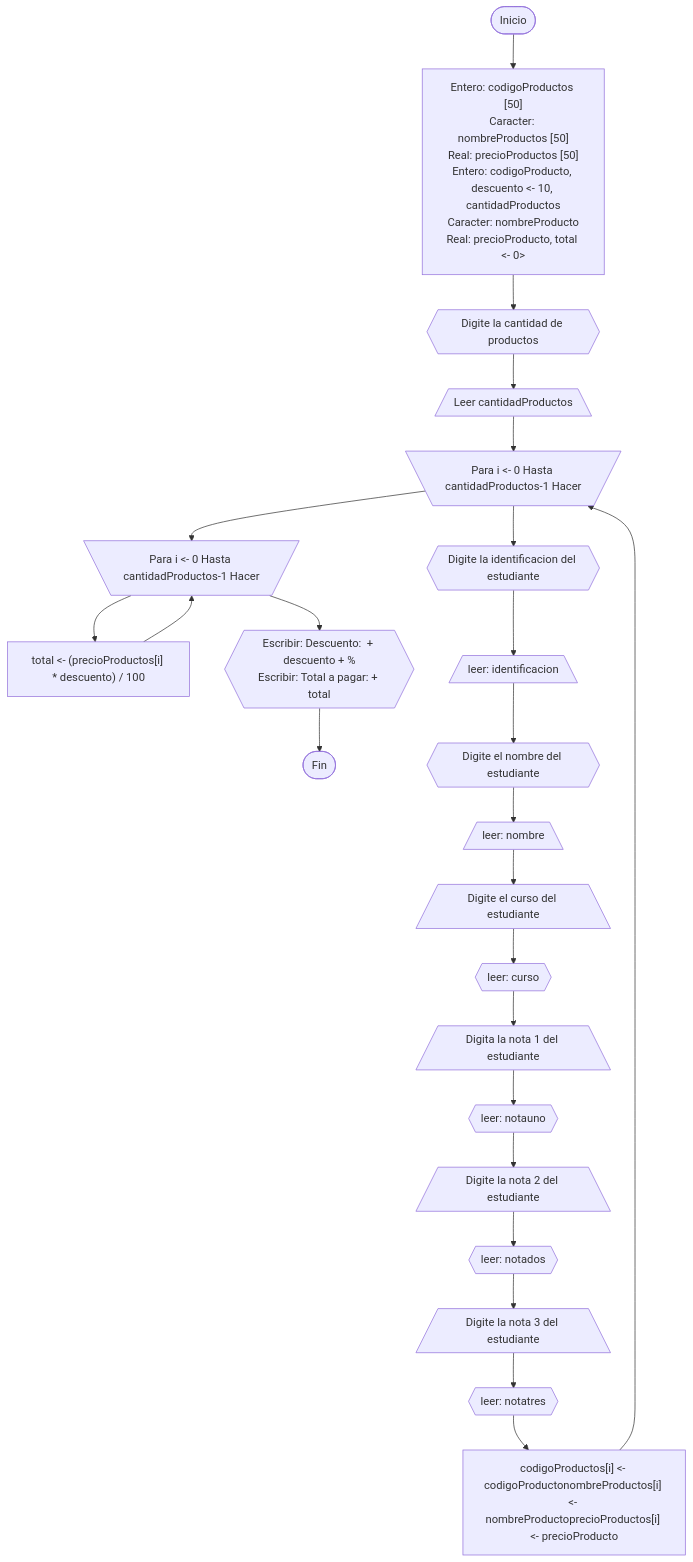
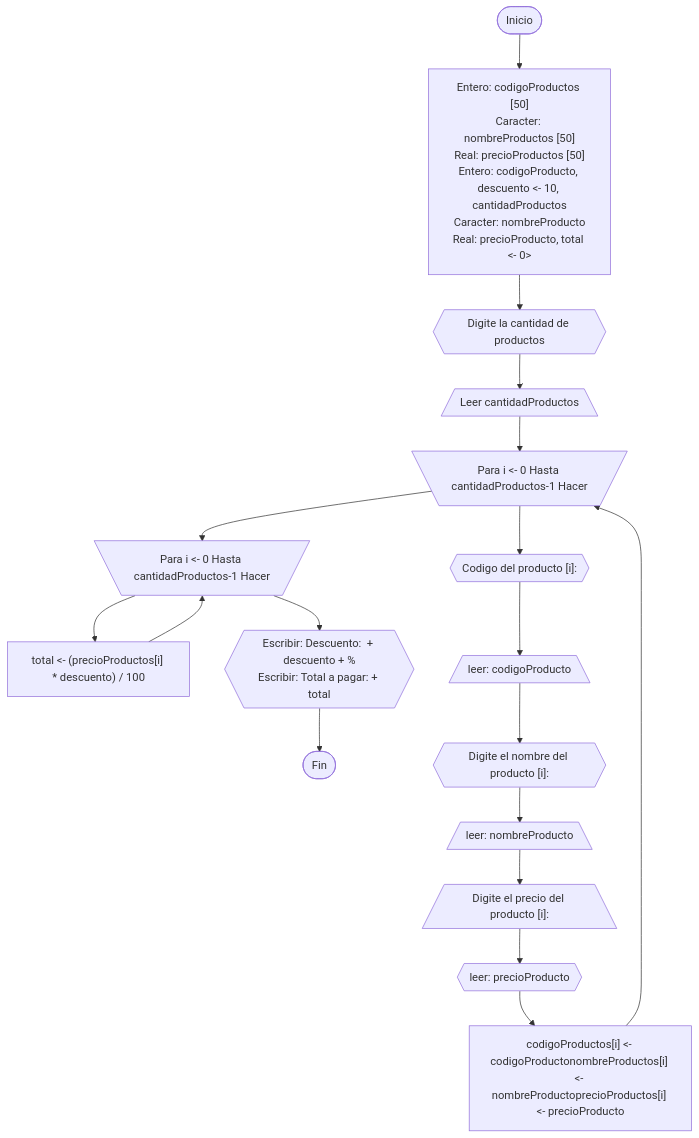
Before and after one commit to Samuel-Novoa/proyecto-base: the diagram in README.md, drawn with Mermaid.

Commit message:
Fix flow chart

````diff
--- a/README.md
+++ b/README.md
@@ -67,11 +67,11 @@
 ```mermaid
 flowchart TD;
     A([Inicio]) --> B["Entero: codigoProductos [50]<br>Caracter: nombreProductos [50]<br>Real: precioProductos [50]<br>Entero: codigoProducto, descuento <- 10, cantidadProductos<br>Caracter: nombreProducto<br>Real: precioProducto, total <- 0>"] --> C{{Digite la cantidad de productos}} --> D[/Leer cantidadProductos\] --> E[\"Para i <- 0 Hasta cantidadProductos-1 Hacer"/];
     E --> F[\"Para i <- 0 Hasta cantidadProductos-1 Hacer"/];
     F --> G1["total <- (precioProductos[i] * descuento) / 100"];
     G1 --> F;
     F --> H1{{"Escribir: Descuento:  + descuento + %<br>Escribir: Total a pagar: + total"}} --> I1([Fin]);
     G["codigoProductos[i] <- codigoProductonombreProductos[i] <- nombreProductoprecioProductos[i] <- precioProducto"] --> E
-    E --> H{{Digite la identificacion del estudiante}} --> I[/leer: identificacion\] --> J{{Digite el nombre del estudiante}} --> K[/leer: nombre\] --> L[/Digite el curso del estudiante\] --> M{{leer: curso}} --> N[/Digita la nota 1 del estudiante\] --> O{{leer: notauno}} --> P[/Digite la nota 2 del estudiante\] --> Q{{leer: notados}} --> R[/Digite la nota 3 del estudiante\] --> S{{leer: notatres}};
-    S --> G;
+    E --> H{{"Codigo del producto [i]: "}} --> I[/leer: codigoProducto\] --> J{{"Digite el nombre del producto [i]:"}} --> K[/leer: nombreProducto\] --> L[/"Digite el precio del producto [i]:"\] --> M{{leer: precioProducto}};
+    M --> G;
 ```
````
